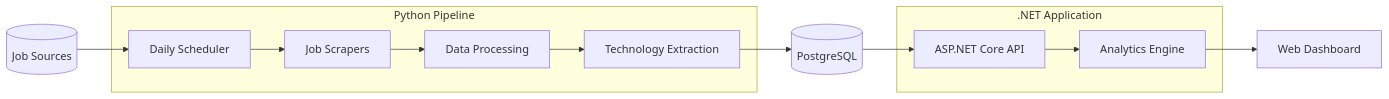
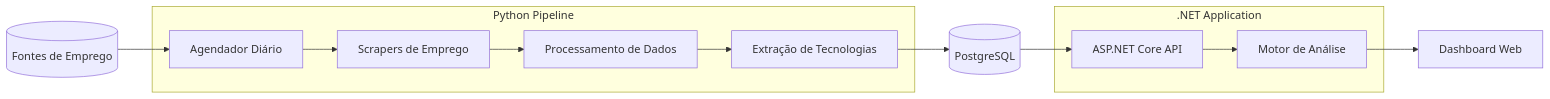
The first of 3 diagrams in README.md (franciscocosta4/TechScope), drawn with Mermaid before and after one commit. The commit also changed other lines of this file and 2 other files, not shown here.

`````diff
--- a/README.md
+++ b/README.md
@@ -39,31 +39,31 @@
 ```mermaid
 flowchart LR
 
-    Sources[(Job Sources)]
+    Sources[(Fontes de Emprego)]
 
     subgraph Python Pipeline
-        Scheduler[Daily Scheduler]
-        Scrapers[Job Scrapers]
-        Processor[Data Processing]
-        NLP[Technology Extraction]
+        Scheduler[Agendador Diário]
+        Scrapers[Scrapers de Emprego]
+        Processor[Processamento de Dados]
+        NLP[Extração de Tecnologias]
     end
 
     DB[(PostgreSQL)]
 
     subgraph .NET Application
         API[ASP.NET Core API]
-        Analytics[Analytics Engine]
+        Analytics[Motor de Análise]
     end
 
-    Frontend[Web Dashboard]
+    Frontend[Dashboard Web]
 
     Sources --> Scheduler
     Scheduler --> Scrapers
     Scrapers --> Processor
     Processor --> NLP
     NLP --> DB
 
     DB --> API
     API --> Analytics
     Analytics --> Frontend
 ````
`````
